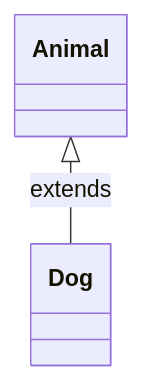
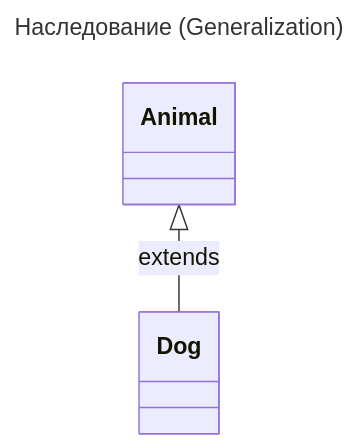
Diagram 11 of 13 in software-engineer/notation/UML.md (mrtxee/enterprise-developer-almanac), drawn with Mermaid before and after one commit. The commit also changed other lines of this file and 209 other files, not shown here.

````diff
--- a/software-engineer/notation/UML.md
+++ b/software-engineer/notation/UML.md
@@ -264,7 +276,10 @@
 ```mermaid
+---
+title: Наследование (Generalization)
+---
 classDiagram
     class Animal
     class Dog
     
     Animal <|-- Dog : extends
 ```
````
